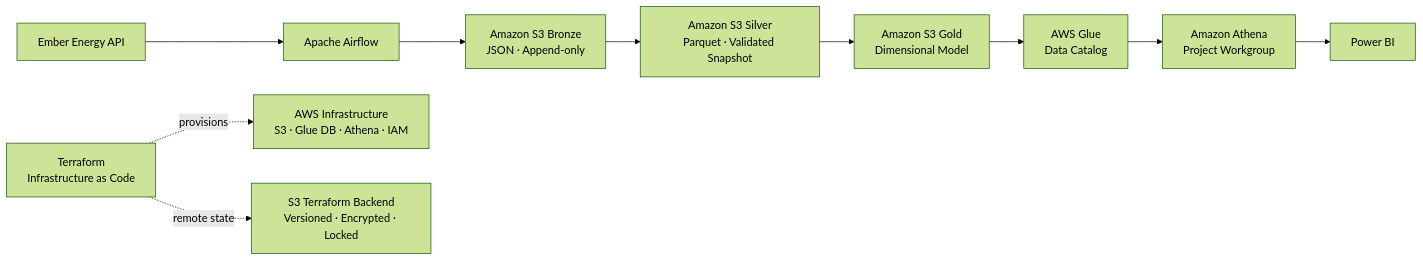
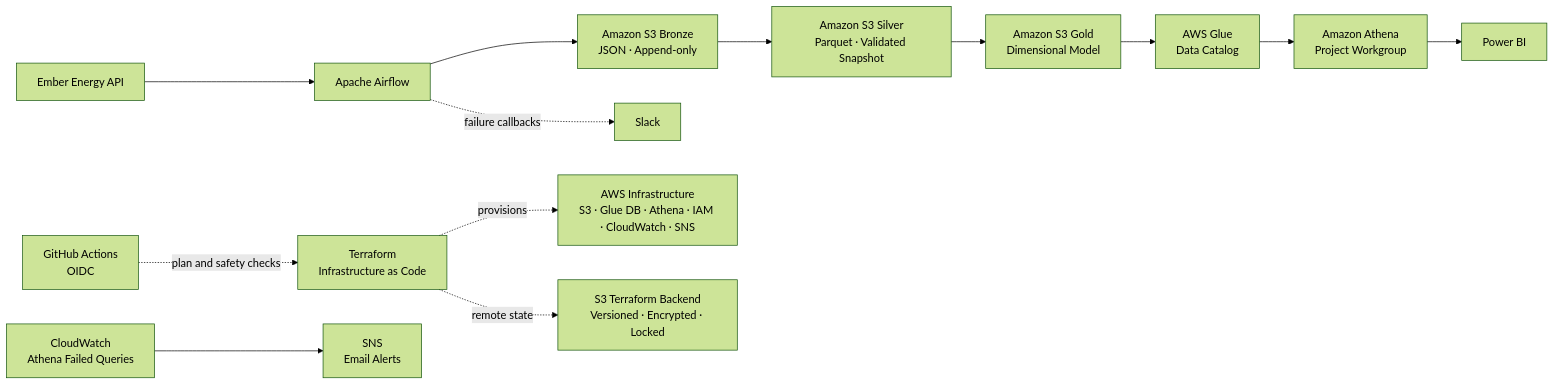
One commit to georgeballa7/EuropeanEnergyDataAnalytics changed the first of 2 diagrams in docs/architecture/architecture.md. Above: the diagram before and after it, drawn with Mermaid (forest theme). The commit also changed other lines of this file, not shown here.

Commit message:
docs: document Terraform CI and monitoring architecture

````diff
--- a/docs/architecture/architecture.md
+++ b/docs/architecture/architecture.md
@@ -5,13 +5,16 @@
 ```mermaid
 flowchart LR
     API["Ember Energy API"] --> AF["Apache Airflow"]
     AF --> B["Amazon S3 Bronze<br/>JSON · Append-only"]
     B --> S["Amazon S3 Silver<br/>Parquet · Validated Snapshot"]
     S --> G["Amazon S3 Gold<br/>Dimensional Model"]
     G --> GC["AWS Glue<br/>Data Catalog"]
     GC --> AT["Amazon Athena<br/>Project Workgroup"]
     AT --> BI["Power BI"]
 
-    TF["Terraform<br/>Infrastructure as Code"] -. provisions .-> S3I["AWS Infrastructure<br/>S3 · Glue DB · Athena · IAM"]
+    TF["Terraform<br/>Infrastructure as Code"] -. provisions .-> S3I["AWS Infrastructure<br/>S3 · Glue DB · Athena · IAM · CloudWatch · SNS"]
+    AF -. failure callbacks .-> SL["Slack"]
+    CW["CloudWatch<br/>Athena Failed Queries"] --> SNS["SNS<br/>Email Alerts"]
+    GA["GitHub Actions<br/>OIDC"] -. plan and safety checks .-> TF
     TF -. remote state .-> TFS["S3 Terraform Backend<br/>Versioned · Encrypted · Locked"]
 ```
````
